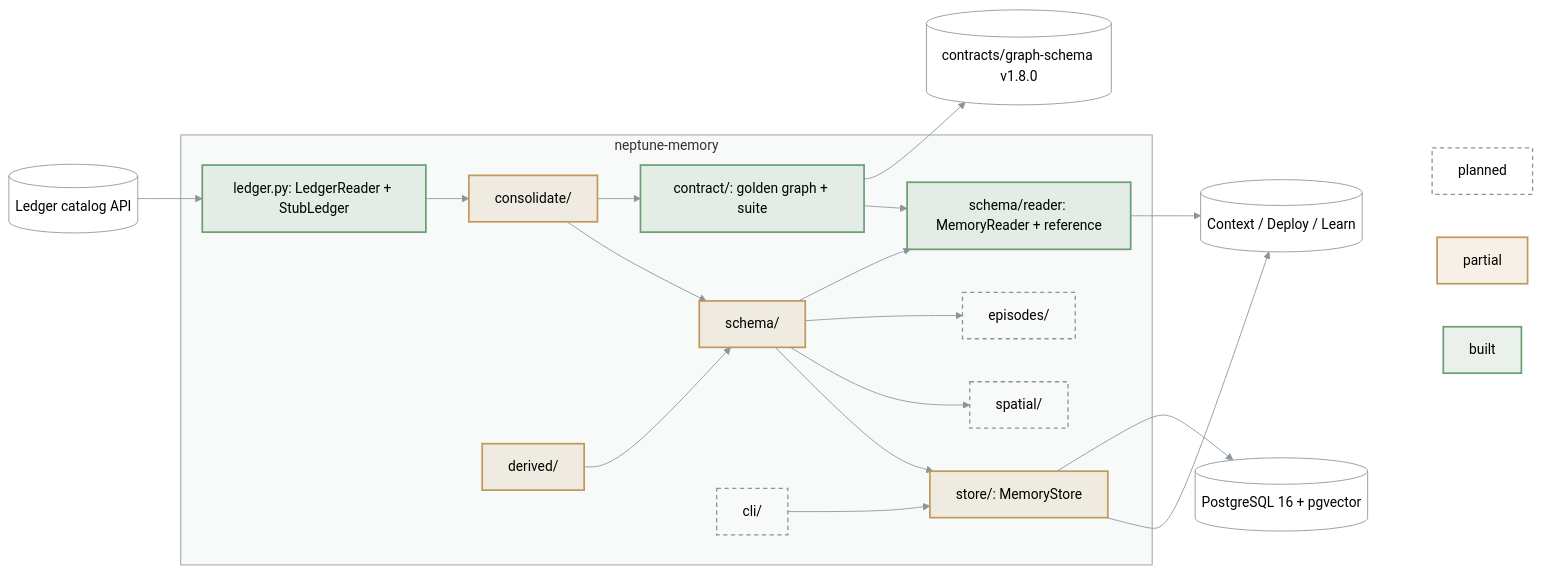
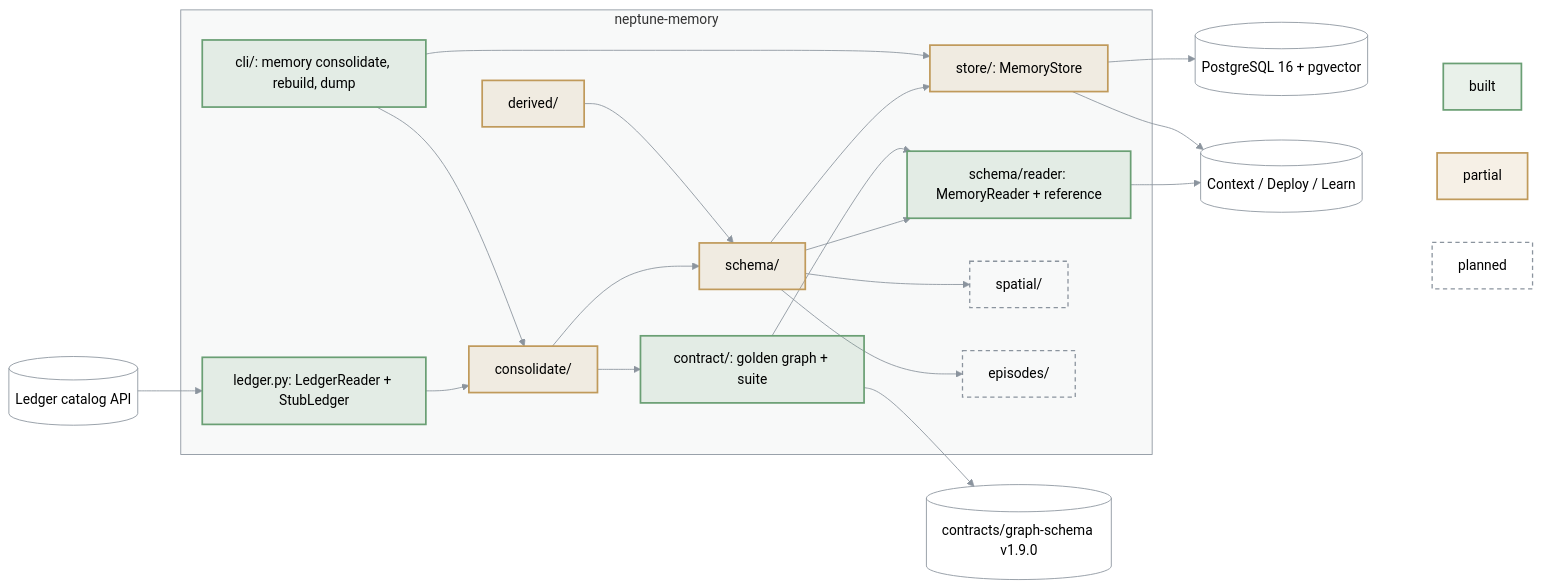
The diagram in packages/neptune-memory/ARCHITECTURE.md (bennytay/neptune), drawn with Mermaid (forest theme) before and after one commit. The commit also changed 45 other files, not shown here.

First line of the commit message:
Memory rebuild CLI and CI determinism test: identical graph from the same Ledger snapshot and consolidator set (#133)

````diff
--- a/packages/neptune-memory/ARCHITECTURE.md
+++ b/packages/neptune-memory/ARCHITECTURE.md
@@ -3,48 +3,49 @@
 ```mermaid
 flowchart LR
   LED[("Ledger catalog API")]
   PG[("PostgreSQL 16 + pgvector")]
   subgraph M["neptune-memory"]
     SEAM["ledger.py: LedgerReader + StubLedger"]
     CON["consolidate/"]
     DER["derived/"]
     SCH["schema/"]
     RD["schema/reader: MemoryReader + reference"]
     CT["contract/: golden graph + suite"]
     STO["store/: MemoryStore"]
     SPA["spatial/"]
     EPI["episodes/"]
-    CLI["cli/"]
+    CLI["cli/: memory consolidate, rebuild, dump"]
   end
   OUT[("Context / Deploy / Learn")]
   LED --> SEAM --> CON --> SCH --> STO
   DER --> SCH
   SCH --> SPA & EPI
   SCH --> RD --> OUT
   CON --> CT --> RD
-  CT --> REG[("contracts/graph-schema v1.8.0")]
+  CT --> REG[("contracts/graph-schema v1.9.0")]
   STO --> OUT
+  CLI --> CON
   CLI --> STO
   STO --> PG
 
   subgraph KEY[" "]
     K1["built"]
     K2["partial"]
     K3["planned"]
   end
   OUT ~~~ K1 & K2 & K3
 
   classDef built fill:#6a9f7426,stroke:#6a9f74,stroke-width:2px
   classDef partial fill:#c09a5b26,stroke:#c09a5b,stroke-width:2px
   classDef todo fill:none,stroke:#8b949e,stroke-width:1.5px,stroke-dasharray:5 4
   classDef ext fill:none,stroke:#8b949e,stroke-width:1px
   class K1 built
   class K2 partial
-  class SPA,EPI,CLI,K3 todo
+  class SPA,EPI,K3 todo
   class CON,DER,SCH,STO partial
-  class SEAM,RD,CT built
+  class SEAM,RD,CT,CLI built
   class LED,OUT,PG,REG ext
   style M fill:#8b949e0f,stroke:#8b949e
   style KEY fill:none,stroke:none
   linkStyle default stroke:#8b949e
 ```
````
